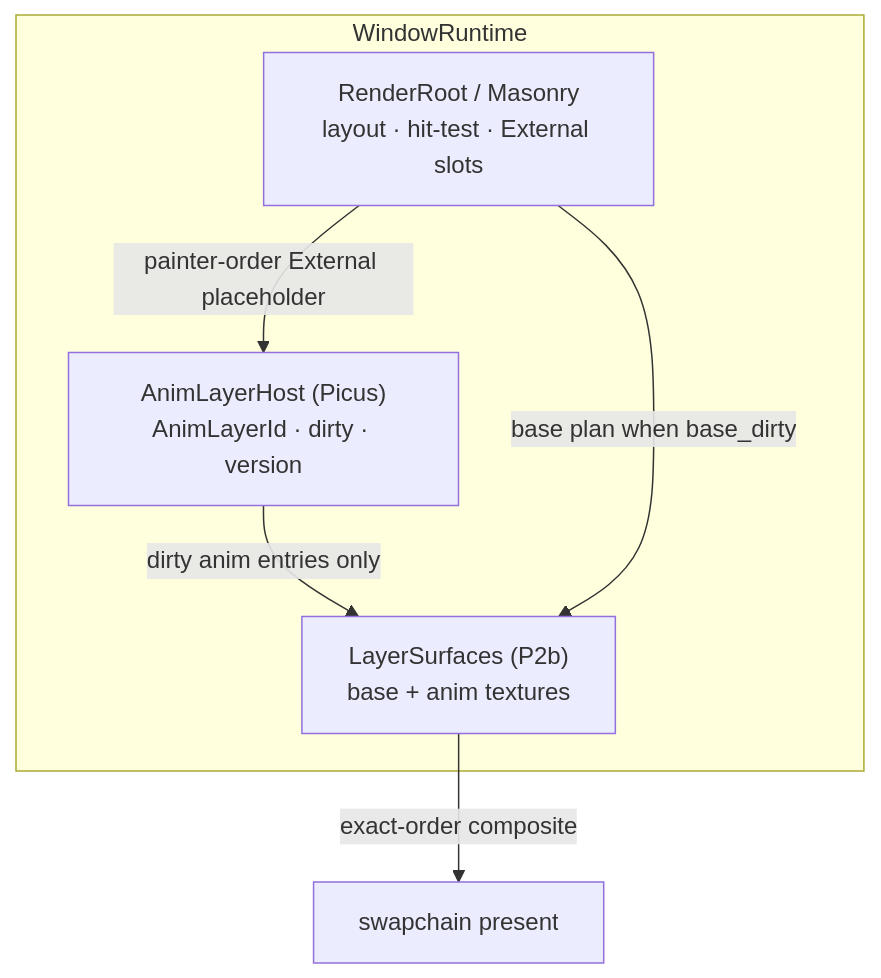
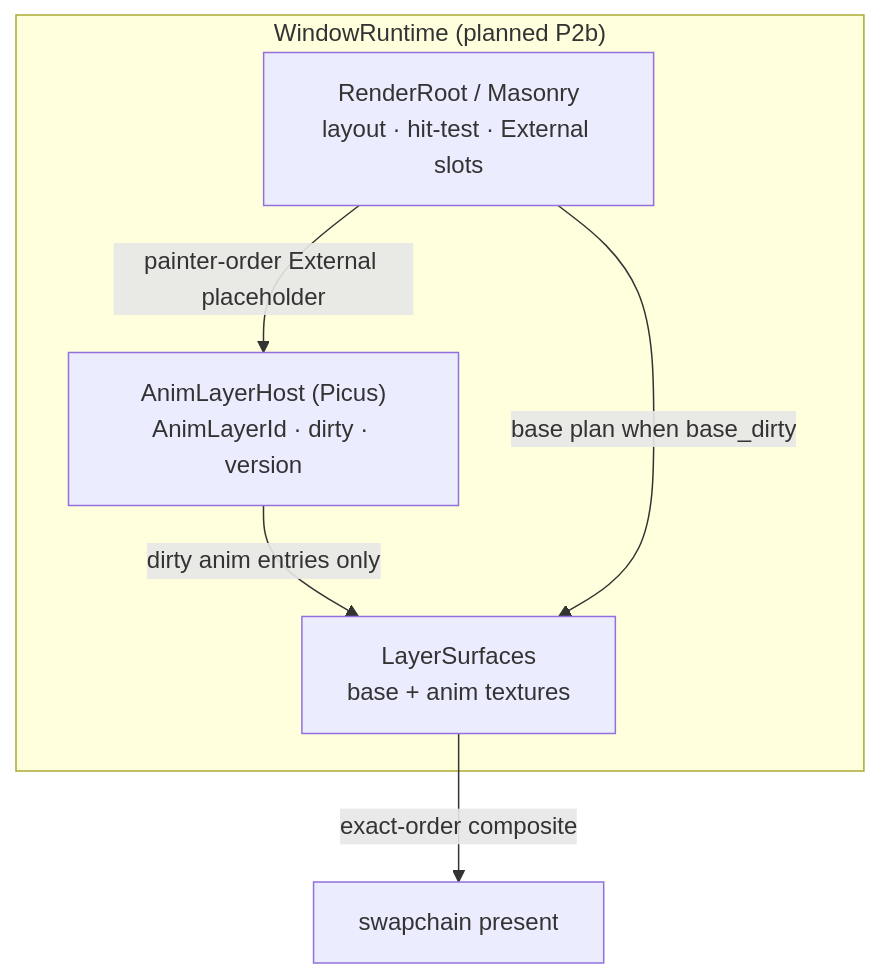
The diagram in docs/architecture/runtime.md (Summpot/picus), drawn with Mermaid before and after one commit. The commit also changed other lines of this file and 3 other files, not shown here.

````diff
--- a/docs/architecture/runtime.md
+++ b/docs/architecture/runtime.md
@@ -188,12 +202,12 @@
 ```mermaid
 flowchart TB
-  subgraph window["WindowRuntime"]
+  subgraph window["WindowRuntime (planned P2b)"]
     RR["RenderRoot / Masonry<br/>layout · hit-test · External slots"]
     Host["AnimLayerHost (Picus)<br/>AnimLayerId · dirty · version"]
-    Surf["LayerSurfaces (P2b)<br/>base + anim textures"]
+    Surf["LayerSurfaces<br/>base + anim textures"]
   end
   RR -->|"painter-order External placeholder"| Host
   Host -->|"dirty anim entries only"| Surf
   RR -->|"base plan when base_dirty"| Surf
   Surf -->|"exact-order composite"| Present["swapchain present"]
 ```
````
